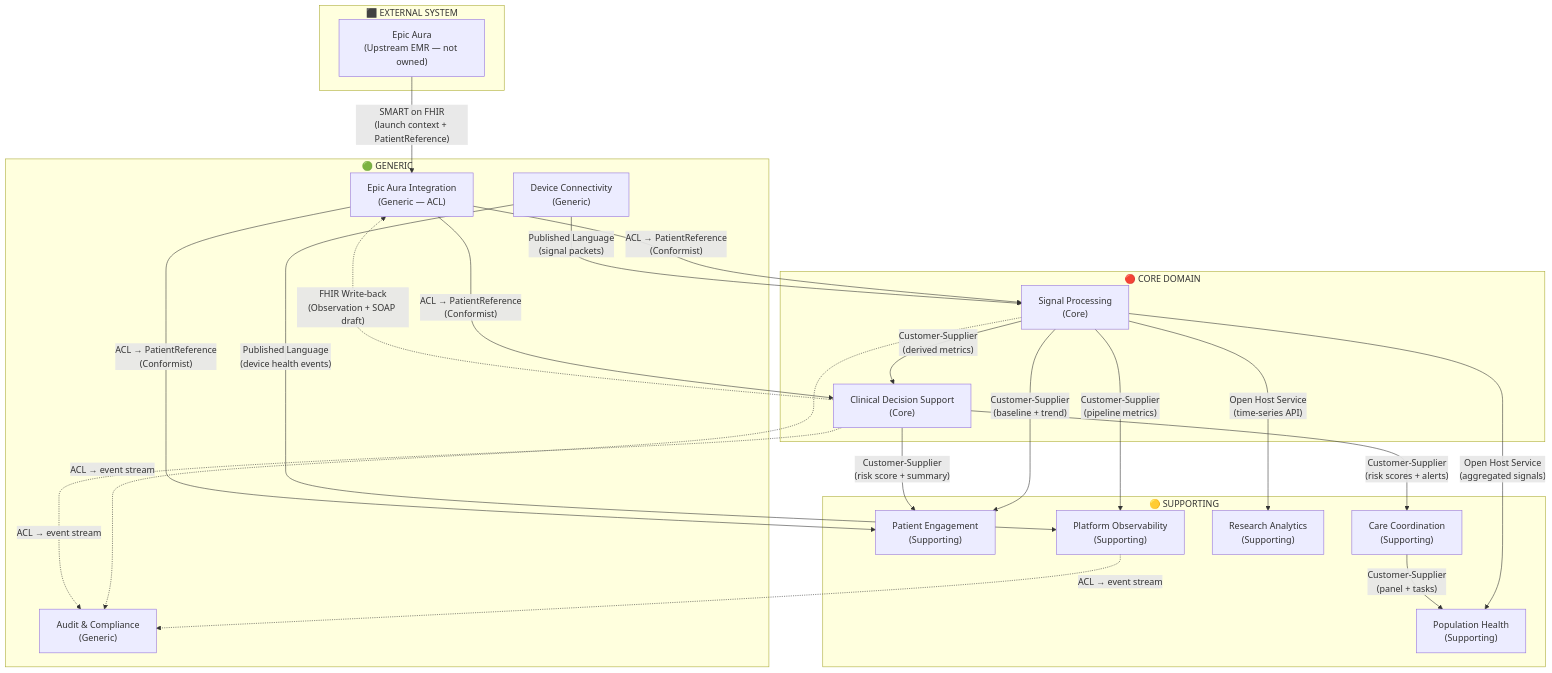
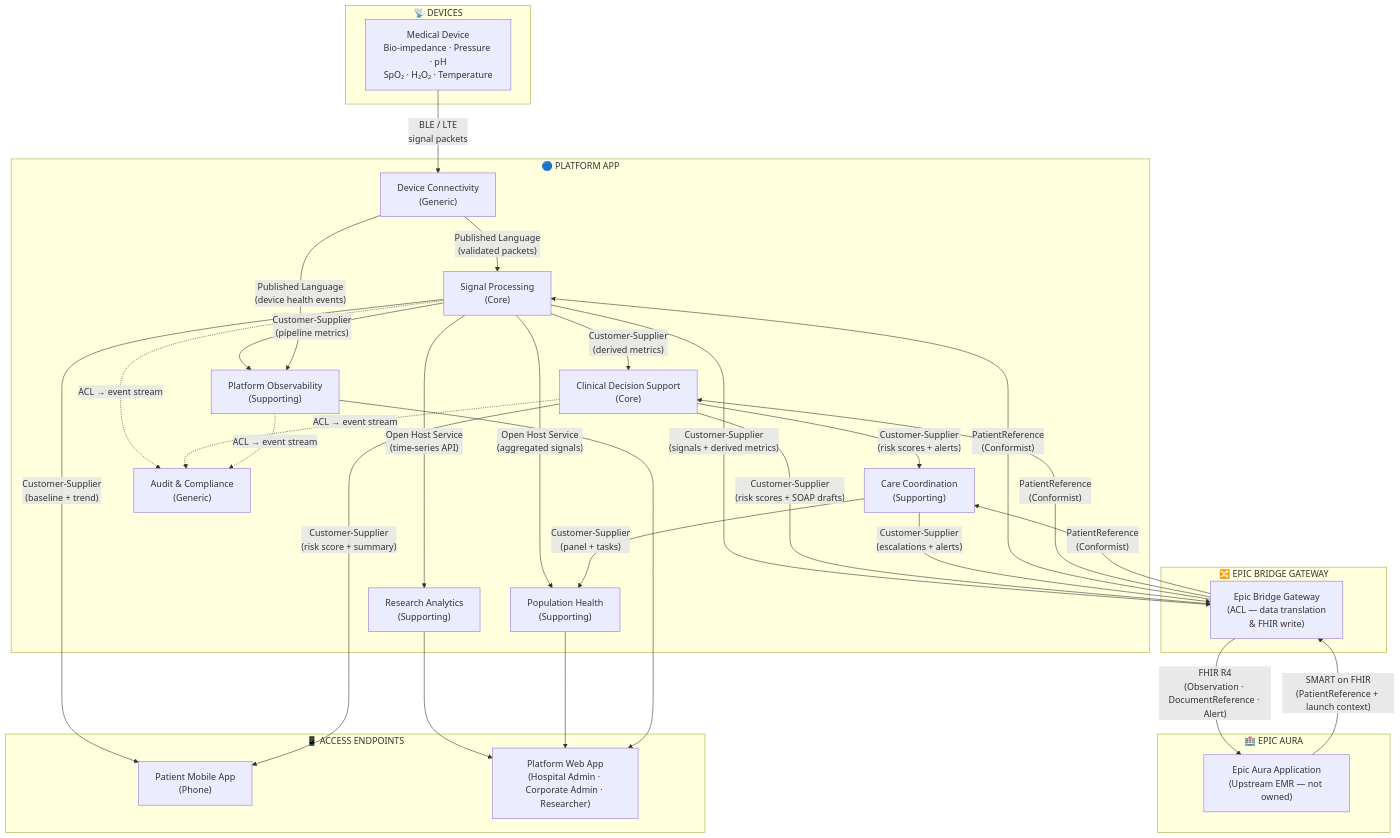
The diagram in projects/Multi-Signal Device/domain-model/context-map.md (lgundlapalli/Accelerators), drawn with Mermaid before and after one commit. The commit also changed other lines of this file and 1 other file, not shown here.

First line of the commit message:
feat: add Epic Bridge Gateway, access endpoints, and full data flow to DDD model

````diff
--- a/projects/Multi-Signal Device/domain-model/context-map.md
+++ b/projects/Multi-Signal Device/domain-model/context-map.md
@@ -3,45 +3,59 @@
 ```mermaid
 graph TD
-    subgraph External["⬛ EXTERNAL SYSTEM"]
-        EPICAURA["Epic Aura\n(Upstream EMR — not owned)"]
+    subgraph Devices["📡 DEVICES"]
+        DEV["Medical Device\nBio-impedance · Pressure · pH\nSpO₂ · H₂O₂ · Temperature"]
     end
 
-    subgraph Core["🔴 CORE DOMAIN"]
+    subgraph Platform["🔵 PLATFORM APP"]
+        DC["Device Connectivity\n(Generic)"]
         SP["Signal Processing\n(Core)"]
         CDS["Clinical Decision Support\n(Core)"]
-    end
-
-    subgraph Supporting["🟡 SUPPORTING"]
-        PE["Patient Engagement\n(Supporting)"]
         CC["Care Coordination\n(Supporting)"]
         RA["Research Analytics\n(Supporting)"]
         PH["Population Health\n(Supporting)"]
         OBS["Platform Observability\n(Supporting)"]
+        AC["Audit & Compliance\n(Generic)"]
     end
 
-    subgraph Generic["🟢 GENERIC"]
-        AC["Audit & Compliance\n(Generic)"]
-        DC["Device Connectivity\n(Generic)"]
-        EPIC["Epic Aura Integration\n(Generic — ACL)"]
+    subgraph Bridge["🔀 EPIC BRIDGE GATEWAY"]
+        EBG["Epic Bridge Gateway\n(ACL — data translation\n& FHIR write)"]
     end
 
-    EPICAURA -->|"SMART on FHIR\n(launch context + PatientReference)"| EPIC
-    EPIC -->|"ACL → PatientReference\n(Conformist)"| SP
-    EPIC -->|"ACL → PatientReference\n(Conformist)"| CDS
-    EPIC -->|"ACL → PatientReference\n(Conformist)"| PE
-    CDS -.->|"FHIR Write-back\n(Observation + SOAP draft)"| EPIC
+    subgraph EpicSystem["🏥 EPIC AURA"]
+        EPICAURA["Epic Aura Application\n(Upstream EMR — not owned)"]
+    end
 
-    DC -->|"Published Language\n(signal packets)"| SP
+    subgraph Endpoints["📱 ACCESS ENDPOINTS"]
+        MOB["Patient Mobile App\n(Phone)"]
+        WEB["Platform Web App\n(Hospital Admin · Corporate Admin · Researcher)"]
+    end
+
+    DEV -->|"BLE / LTE\nsignal packets"| DC
+    DC -->|"Published Language\n(validated packets)"| SP
     SP -->|"Customer-Supplier\n(derived metrics)"| CDS
-    SP -->|"Customer-Supplier\n(baseline + trend)"| PE
+    SP -->|"Customer-Supplier\n(baseline + trend)"| MOB
     SP -->|"Open Host Service\n(time-series API)"| RA
     SP -->|"Open Host Service\n(aggregated signals)"| PH
+    SP -->|"Customer-Supplier\n(pipeline metrics)"| OBS
     CDS -->|"Customer-Supplier\n(risk scores + alerts)"| CC
-    CDS -->|"Customer-Supplier\n(risk score + summary)"| PE
+    CDS -->|"Customer-Supplier\n(risk score + summary)"| MOB
     CC -->|"Customer-Supplier\n(panel + tasks)"| PH
     DC -->|"Published Language\n(device health events)"| OBS
-    SP -->|"Customer-Supplier\n(pipeline metrics)"| OBS
     SP -.->|"ACL → event stream"| AC
     CDS -.->|"ACL → event stream"| AC
     OBS -.->|"ACL → event stream"| AC
+
+    SP -->|"Customer-Supplier\n(signals + derived metrics)"| EBG
+    CDS -->|"Customer-Supplier\n(risk scores + SOAP drafts)"| EBG
+    CC -->|"Customer-Supplier\n(escalations + alerts)"| EBG
+    EBG -->|"FHIR R4\n(Observation · DocumentReference · Alert)"| EPICAURA
+
+    EPICAURA -->|"SMART on FHIR\n(PatientReference + launch context)"| EBG
+    EBG -->|"PatientReference\n(Conformist)"| SP
+    EBG -->|"PatientReference\n(Conformist)"| CDS
+    EBG -->|"PatientReference\n(Conformist)"| CC
+
+    RA --> WEB
+    PH --> WEB
+    OBS --> WEB
 ```
````
